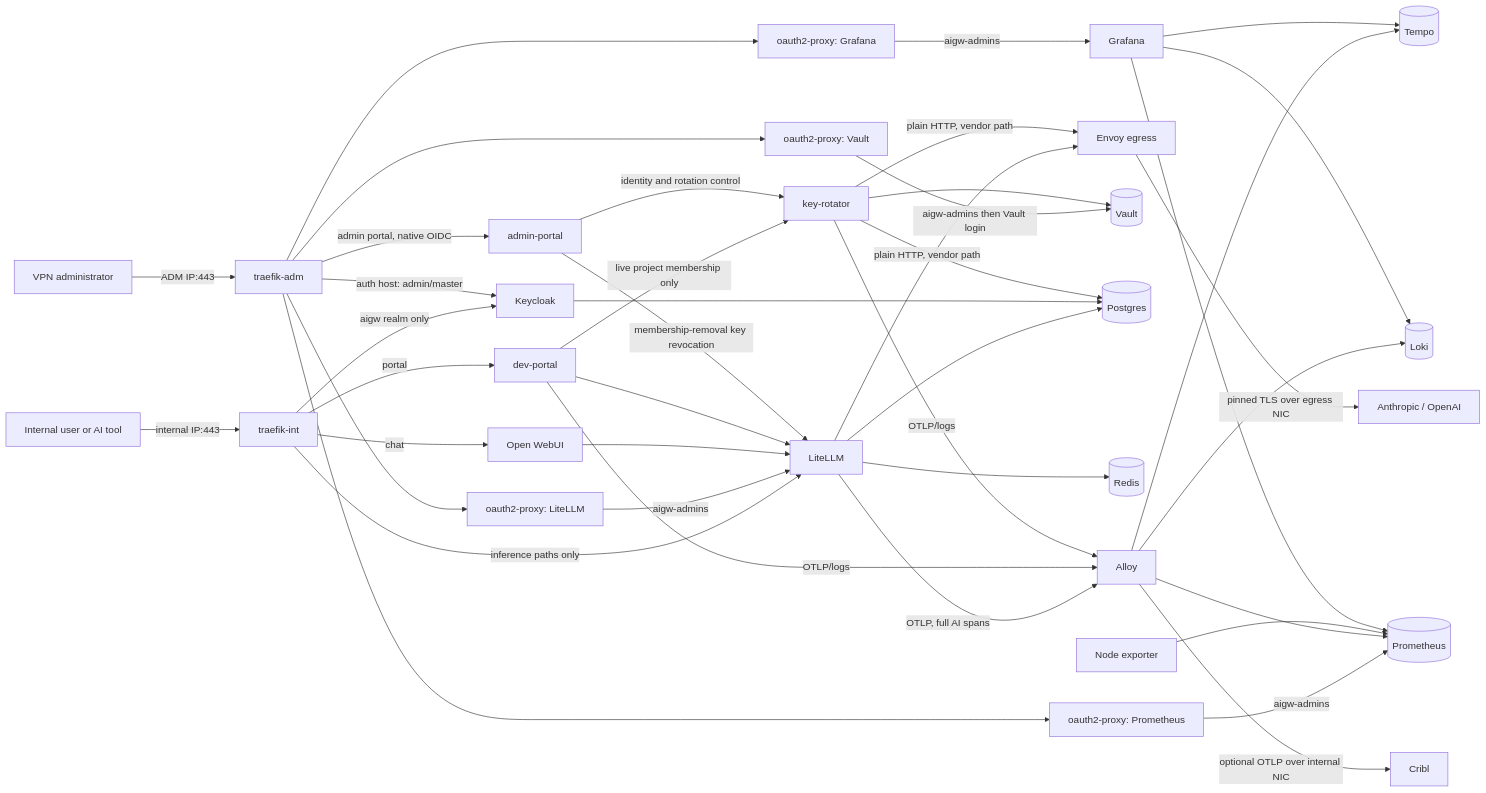
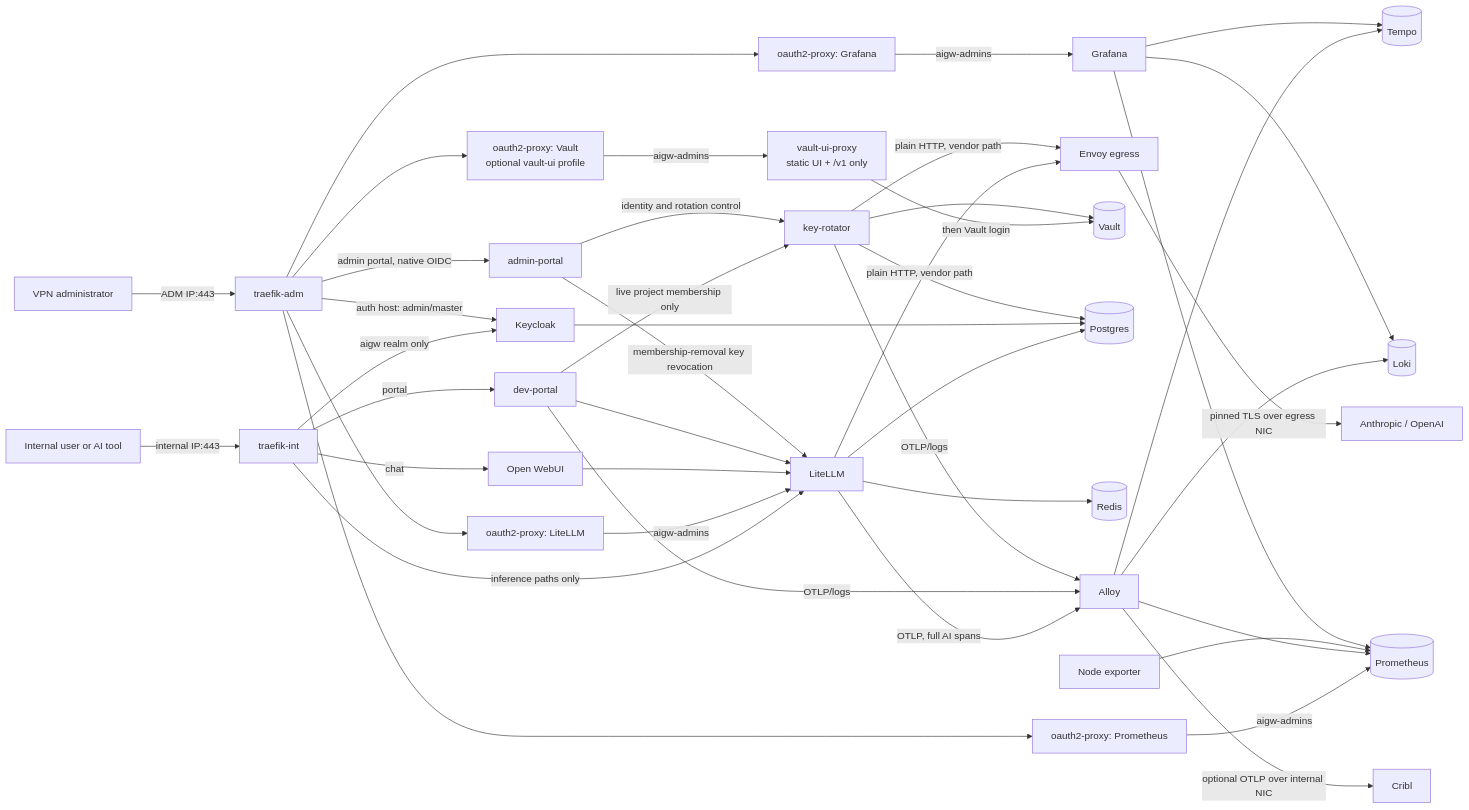
One commit to derhornspieler/ai-gateway changed the diagram in docs/solution-map.md. Above: the diagram before and after it, drawn with Mermaid. The commit also changed other lines of this file and 13 other files, not shown here.

````diff
--- a/docs/solution-map.md
+++ b/docs/solution-map.md
@@ -241,46 +249,47 @@
 ```mermaid
 flowchart LR
   U[Internal user or AI tool] -->|internal IP:443| TI[traefik-int]
   A[VPN administrator] -->|ADM IP:443| TA[traefik-adm]
 
   TI -->|chat| OW[Open WebUI]
   TI -->|inference paths only| LL[LiteLLM]
   TI -->|aigw realm only| KC[Keycloak]
   TI -->|portal| DP[dev-portal]
 
   TA -->|admin portal, native OIDC| AP[admin-portal]
   TA --> O2A[oauth2-proxy: LiteLLM]
   O2A -->|aigw-admins| LL
   TA --> O2G[oauth2-proxy: Grafana]
   O2G -->|aigw-admins| GF[Grafana]
   TA --> O2P[oauth2-proxy: Prometheus]
   O2P -->|aigw-admins| PR[(Prometheus)]
-  TA --> O2V[oauth2-proxy: Vault]
-  O2V -->|aigw-admins then Vault login| VT[(Vault)]
+  TA --> O2V[oauth2-proxy: Vault<br/>optional vault-ui profile]
+  O2V -->|aigw-admins| VUP[vault-ui-proxy<br/>static UI + /v1 only]
+  VUP -->|then Vault login| VT[(Vault)]
   TA -->|auth host: admin/master| KC
 
   OW --> LL
   DP --> LL
   DP -->|live project membership only| KR[key-rotator]
   AP -->|identity and rotation control| KR
   AP -->|membership-removal key revocation| LL
   LL --> PG[(Postgres)]
   KC --> PG
   KR --> PG
   LL --> RD[(Redis)]
   KR --> VT
 
   LL -->|plain HTTP, vendor path| EV[Envoy egress]
   KR -->|plain HTTP, vendor path| EV
   EV -->|pinned TLS over egress NIC| V[Anthropic / OpenAI]
 
   LL -->|OTLP, full AI spans| AL[Alloy]
   DP -->|OTLP/logs| AL
   KR -->|OTLP/logs| AL
   AL --> TP[(Tempo)]
   AL --> LK[(Loki)]
   AL --> PR
   NE[Node exporter] --> PR
   AL -->|optional OTLP over internal NIC| CR[Cribl]
   GF --> TP & LK & PR
 ```
````
